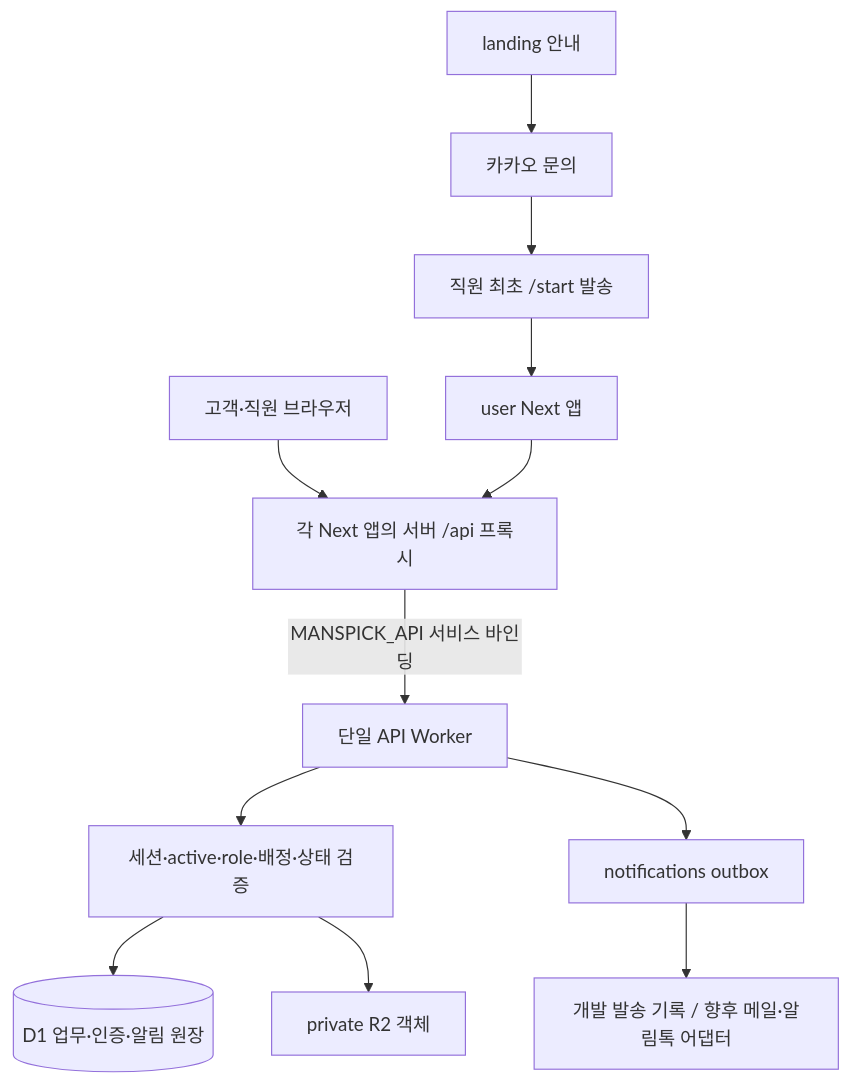
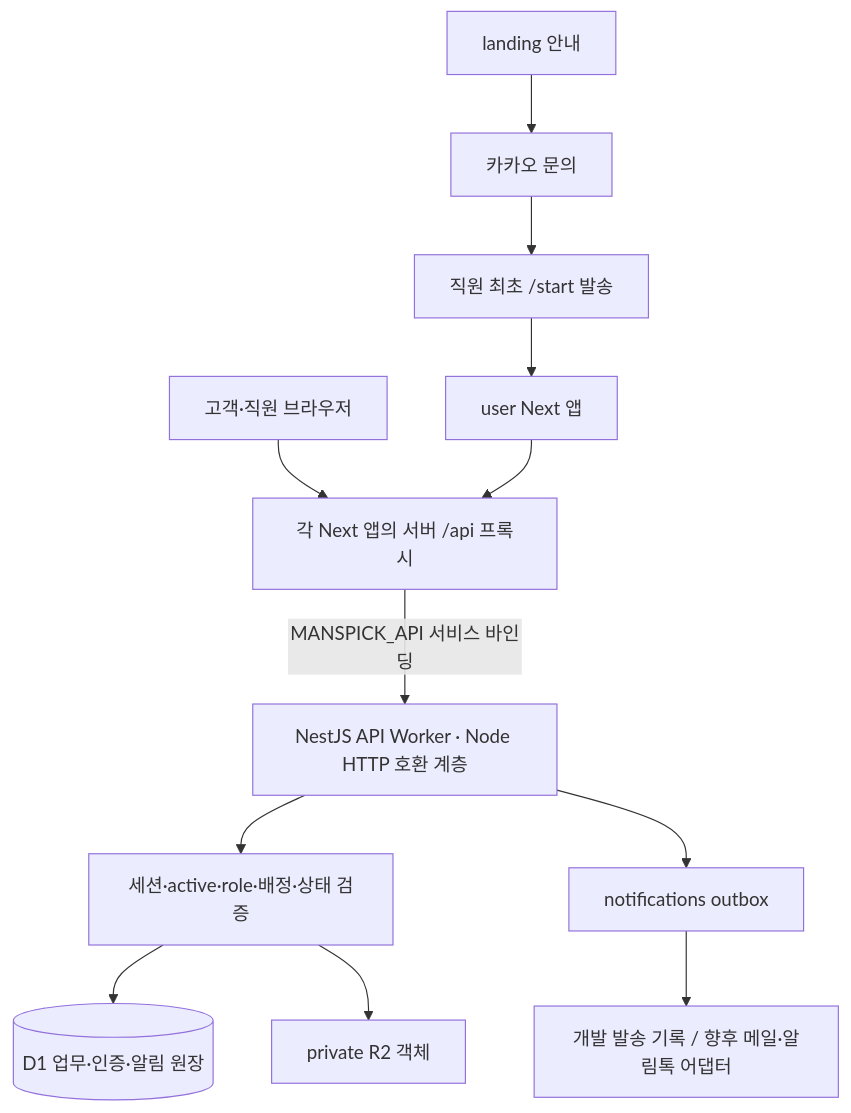
Before and after one commit to endidj/manspick-os: the diagram in docs/07-cloudflare-architecture.md, drawn with Mermaid. The commit also changed other lines of this file and 253 other files, not shown here.

````diff
--- a/docs/07-cloudflare-architecture.md
+++ b/docs/07-cloudflare-architecture.md
@@ -38,14 +47,14 @@
 ```mermaid
 flowchart TD
   L[landing 안내] --> K[카카오 문의]
   K --> S[직원 최초 /start 발송]
   S --> U[user Next 앱]
   B[고객·직원 브라우저] --> NX[각 Next 앱의 서버 /api 프록시]
   U --> NX
-  NX -->|MANSPICK_API 서비스 바인딩| API[단일 API Worker]
+  NX -->|MANSPICK_API 서비스 바인딩| API[NestJS API Worker · Node HTTP 호환 계층]
   API --> AU[세션·active·role·배정·상태 검증]
   AU --> D[(D1 업무·인증·알림 원장)]
   AU --> R[private R2 객체]
   API --> O[notifications outbox]
   O --> A[개발 발송 기록 / 향후 메일·알림톡 어댑터]
 ```
````
